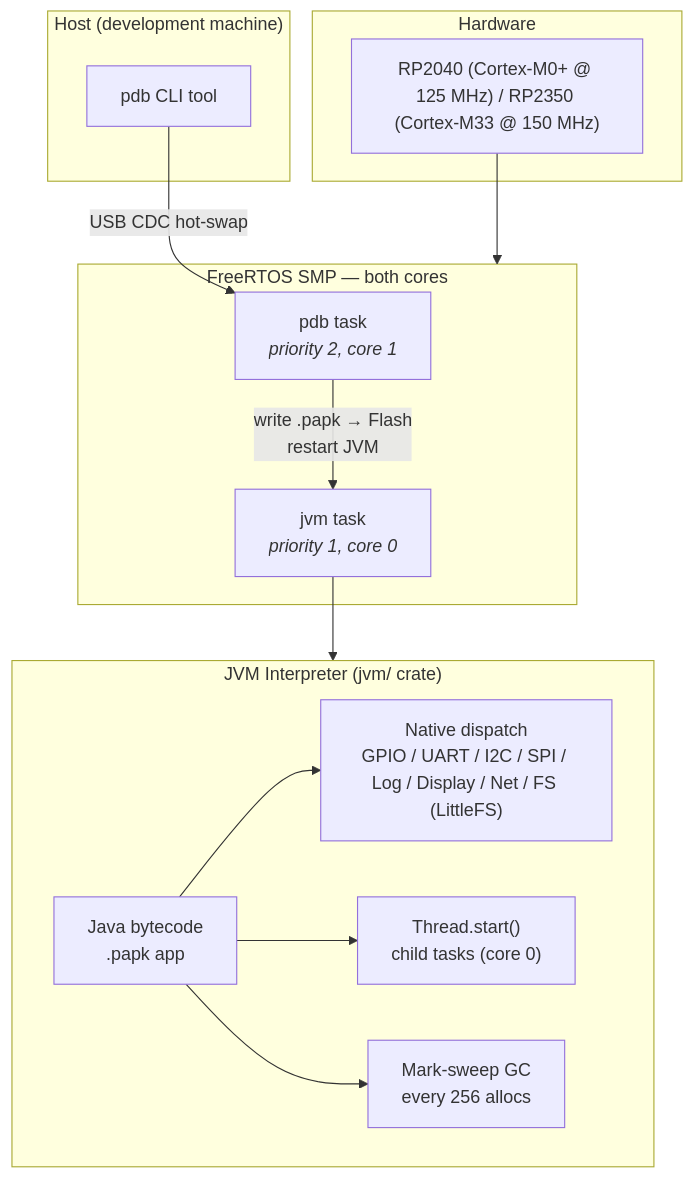
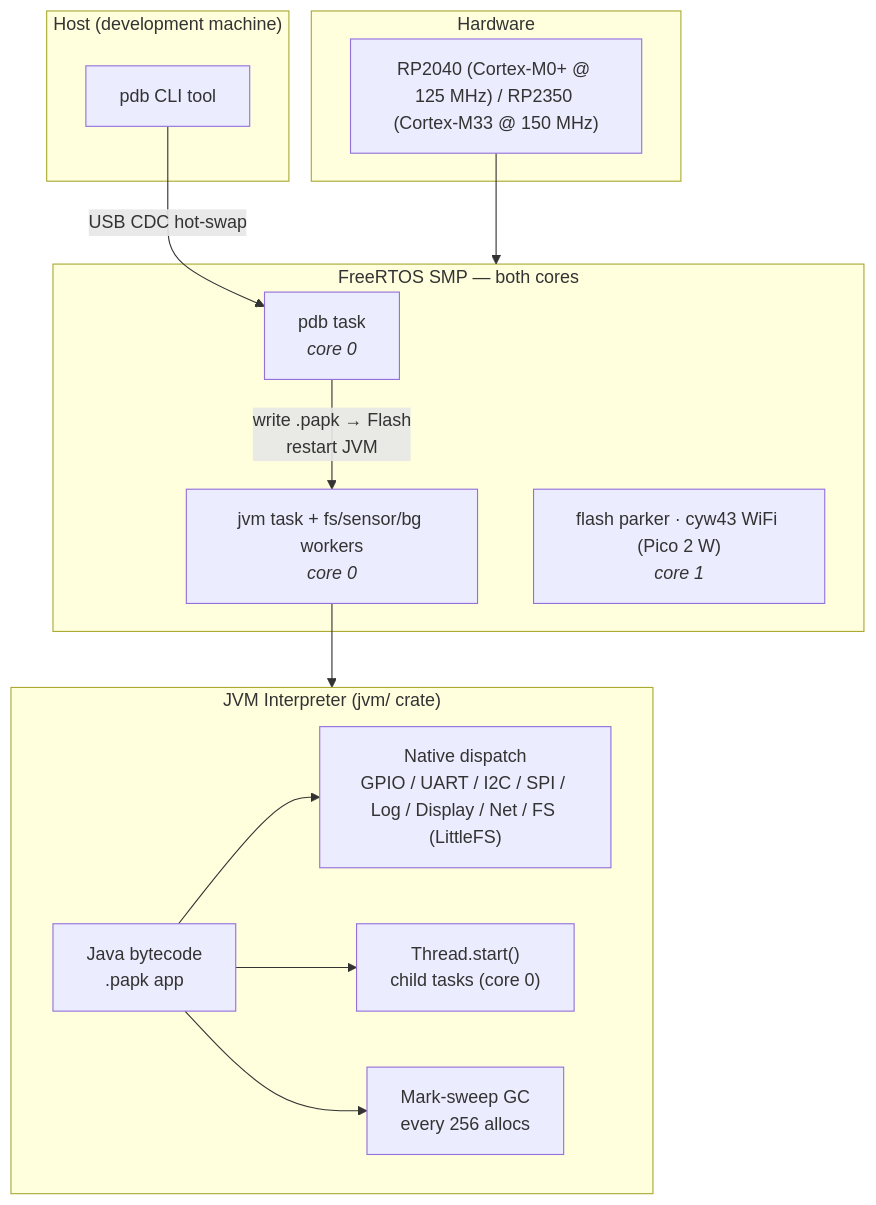
Before and after one commit to shivrajora/picodroid-rs: the diagram in README.md, drawn with Mermaid. The commit also changed other lines of this file and 14 other files, not shown here.

````diff
--- a/README.md
+++ b/README.md
@@ -31,31 +31,32 @@
 ```mermaid
 graph TD
     subgraph Hardware
         HW["RP2040 (Cortex-M0+ @ 125 MHz) / RP2350 (Cortex-M33 @ 150 MHz)"]
     end
 
     subgraph FreeRTOS["FreeRTOS SMP — both cores"]
-        PDB["pdb task<br/><i>priority 2, core 1</i>"]
-        JVM_TASK["jvm task<br/><i>priority 1, core 0</i>"]
+        PDB["pdb task<br/><i>core 0</i>"]
+        JVM_TASK["jvm task + fs/sensor/bg workers<br/><i>core 0</i>"]
+        CORE1["flash parker · cyw43 WiFi (Pico 2 W)<br/><i>core 1</i>"]
     end
 
     subgraph JVM["JVM Interpreter (jvm/ crate)"]
         BC["Java bytecode<br/>.papk app"]
         NATIVE["Native dispatch<br/>GPIO / UART / I2C / SPI / Log / Display / Net / FS (LittleFS)"]
         THREADS["Thread.start()<br/>child tasks (core 0)"]
         GC["Mark-sweep GC<br/>every 256 allocs"]
     end
 
     subgraph Host["Host (development machine)"]
         PDB_CLI["pdb CLI tool"]
     end
 
     HW --> FreeRTOS
     JVM_TASK --> JVM
     BC --> NATIVE
     BC --> THREADS
     BC --> GC
 
     PDB_CLI -- "USB CDC hot-swap" --> PDB
     PDB -- "write .papk → Flash<br/>restart JVM" --> JVM_TASK
 ```
````
